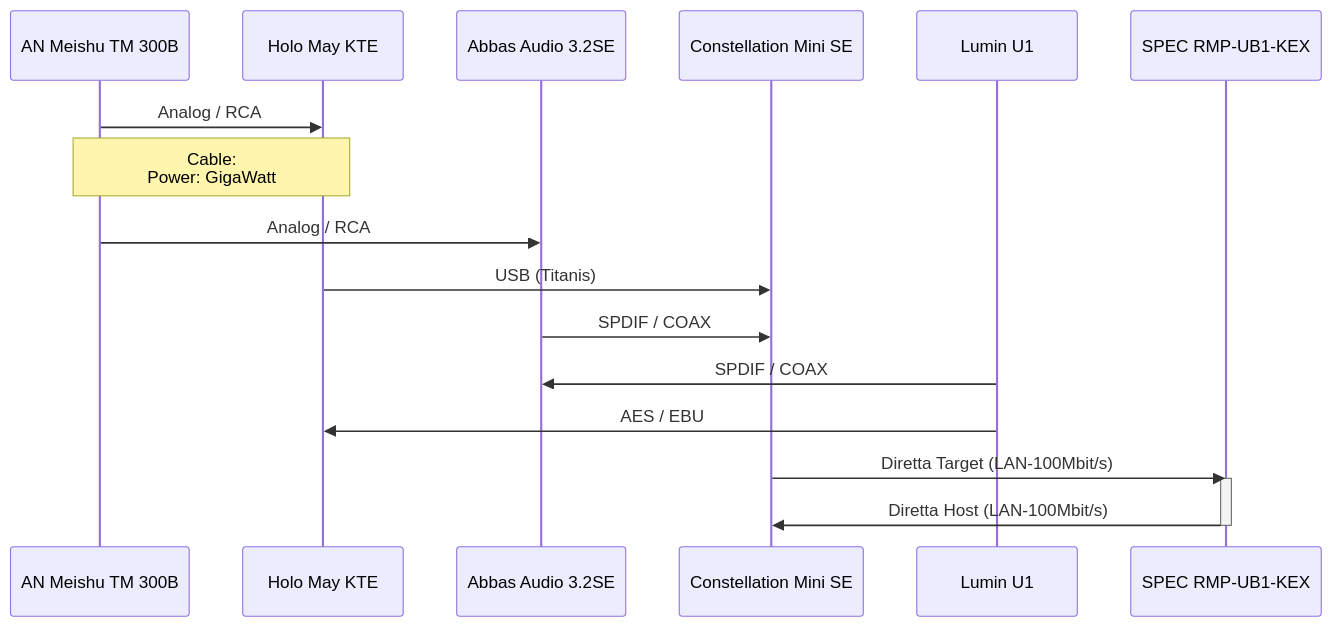
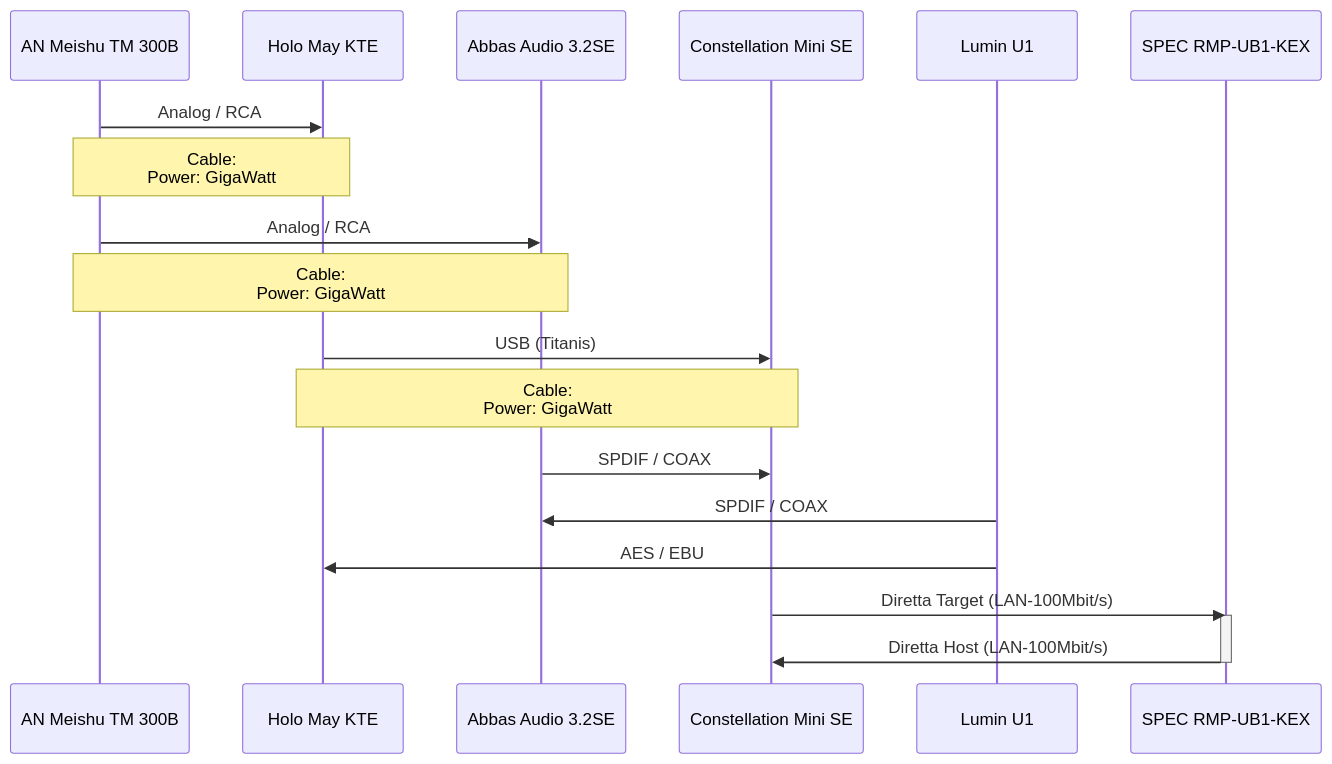
The diagram in gerihifi-setup.md (geraldfehringer/diretta), drawn with Mermaid before and after one commit.

````diff
--- a/gerihifi-setup.md
+++ b/gerihifi-setup.md
@@ -9,14 +9,16 @@
 ```mermaid
 sequenceDiagram
     AN Meishu TM 300B->>Holo May KTE: Analog / RCA
     Note over AN Meishu TM 300B,Holo May KTE: Cable: <br> Power: GigaWatt
     AN Meishu TM 300B->>Abbas Audio 3.2SE: Analog / RCA
+    Note over AN Meishu TM 300B,Abbas Audio 3.2SE: Cable: <br> Power: GigaWatt
     Holo May KTE->>Constellation Mini SE: USB (Titanis)
+    Note over Constellation Mini SE,Holo May KTE: Cable: <br> Power: GigaWatt
     Abbas Audio 3.2SE->>Constellation Mini SE: SPDIF / COAX
     Lumin U1->>Abbas Audio 3.2SE: SPDIF / COAX
     Lumin U1->>Holo May KTE: AES / EBU
     Constellation Mini SE->>SPEC RMP-UB1-KEX: Diretta Target (LAN-100Mbit/s)
     activate SPEC RMP-UB1-KEX
     SPEC RMP-UB1-KEX->>Constellation Mini SE: Diretta Host (LAN-100Mbit/s)
     deactivate SPEC RMP-UB1-KEX
 ```
````
